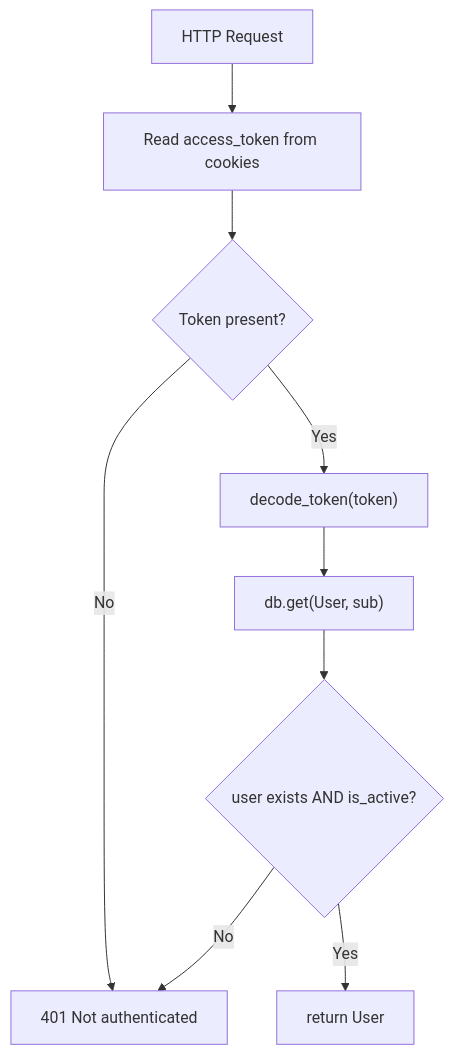
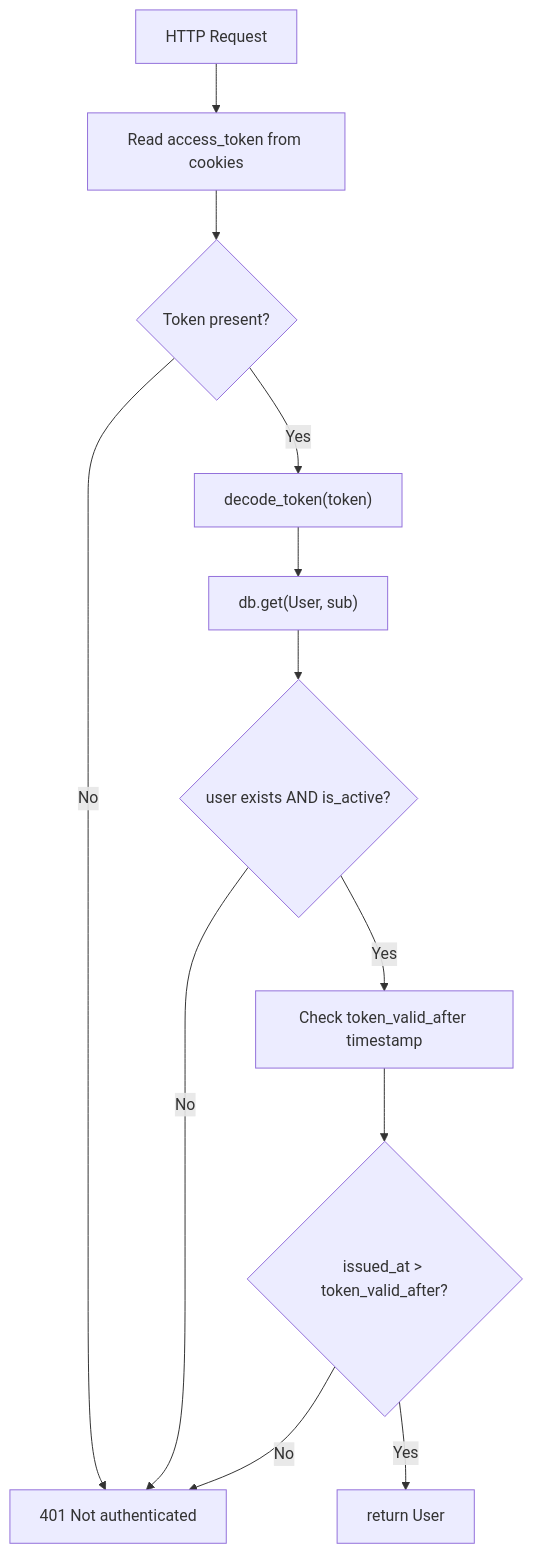
The sixth of 12 diagrams in .qoder/repowiki/en/content/Backend Development/Security and Middleware/Authentication Middleware.md (genes8/private-ai), drawn with Mermaid before and after one commit. The commit also changed other lines of this file and 55 other files, not shown here.

````diff
--- a/.qoder/repowiki/en/content/Backend Development/Security and Middleware/Authentication Middleware.md
+++ b/.qoder/repowiki/en/content/Backend Development/Security and Middleware/Authentication Middleware.md
@@ -204,11 +242,14 @@
 ```mermaid
 flowchart TD
 Req["HTTP Request"] --> GetCookie["Read access_token from cookies"]
 GetCookie --> HasToken{"Token present?"}
 HasToken -- No --> Unauthorized["401 Not authenticated"]
 HasToken -- Yes --> Decode["decode_token(token)"]
 Decode --> LoadUser["db.get(User, sub)"]
 LoadUser --> Active{"user exists AND is_active?"}
 Active -- No --> Unauthorized
-Active -- Yes --> ReturnUser["return User"]
+Active -- Yes --> CheckRevocation["Check token_valid_after timestamp"]
+CheckRevocation --> Valid{"issued_at > token_valid_after?"}
+Valid -- No --> Unauthorized
+Valid -- Yes --> ReturnUser["return User"]
 ```
````
